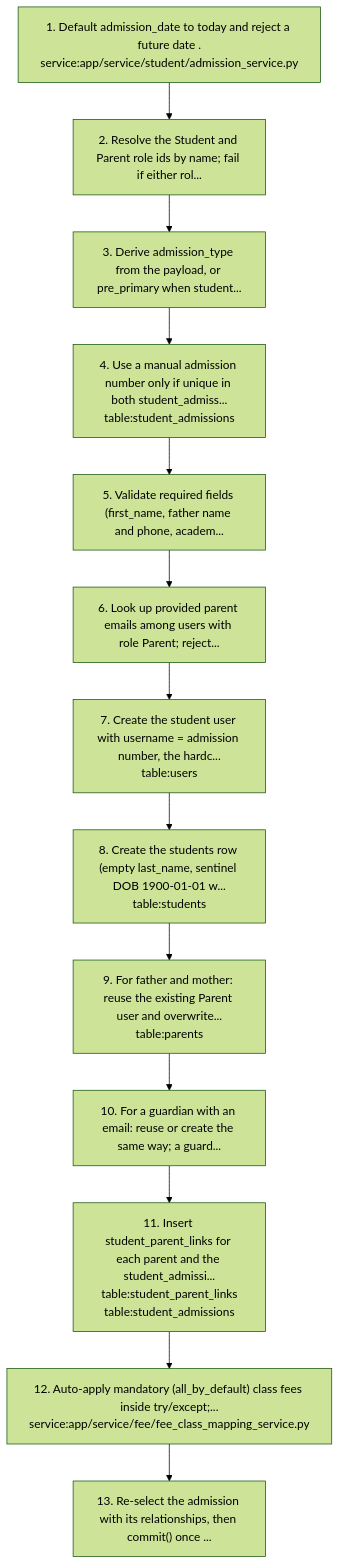
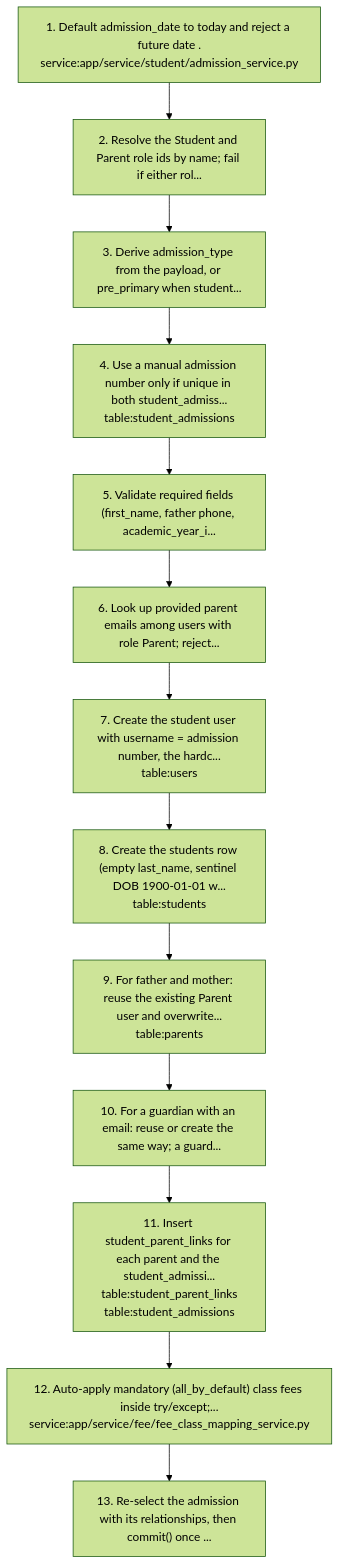
The second of 9 diagrams in docs/graph/views/students.md (nerellasraj21/cos360_full_app), drawn with Mermaid (forest theme) before and after one commit. The commit also changed other lines of this file and 44 other files, not shown here.

First line of the commit message:
Re-verify project docs and knowledge graph against current code

````diff
--- a/docs/graph/views/students.md
+++ b/docs/graph/views/students.md
@@ -188,28 +188,28 @@
 ```mermaid
 flowchart TD
   s1["1. Default admission_date to today and reject a future date .<br/>service:app/service/student/admission_service.py"]
   s2["2. Resolve the Student and Parent role ids by name; fail if either rol..."]
   s1 --> s2
   s3["3. Derive admission_type from the payload, or pre_primary when student..."]
   s2 --> s3
   s4["4. Use a manual admission number only if unique in both student_admiss...<br/>table:student_admissions"]
   s3 --> s4
-  s5["5. Validate required fields (first_name, father name and phone, academ..."]
+  s5["5. Validate required fields (first_name, father phone, academic_year_i..."]
   s4 --> s5
   s6["6. Look up provided parent emails among users with role Parent; reject..."]
   s5 --> s6
   s7["7. Create the student user with username = admission number, the hardc...<br/>table:users"]
   s6 --> s7
   s8["8. Create the students row (empty last_name, sentinel DOB 1900-01-01 w...<br/>table:students"]
   s7 --> s8
   s9["9. For father and mother: reuse the existing Parent user and overwrite...<br/>table:parents"]
   s8 --> s9
   s10["10. For a guardian with an email: reuse or create the same way; a guard..."]
   s9 --> s10
   s11["11. Insert student_parent_links for each parent and the student_admissi...<br/>table:student_parent_links<br/>table:student_admissions"]
   s10 --> s11
   s12["12. Auto-apply mandatory (all_by_default) class fees inside try/except;...<br/>service:app/service/fee/fee_class_mapping_service.py"]
   s11 --> s12
   s13["13. Re-select the admission with its relationships, then commit() once ..."]
   s12 --> s13
 ```
````
